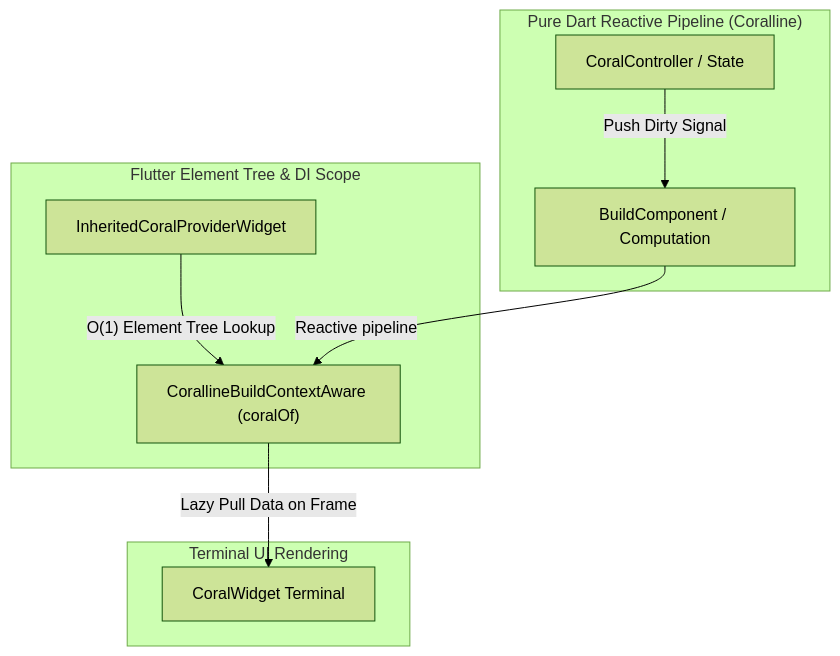
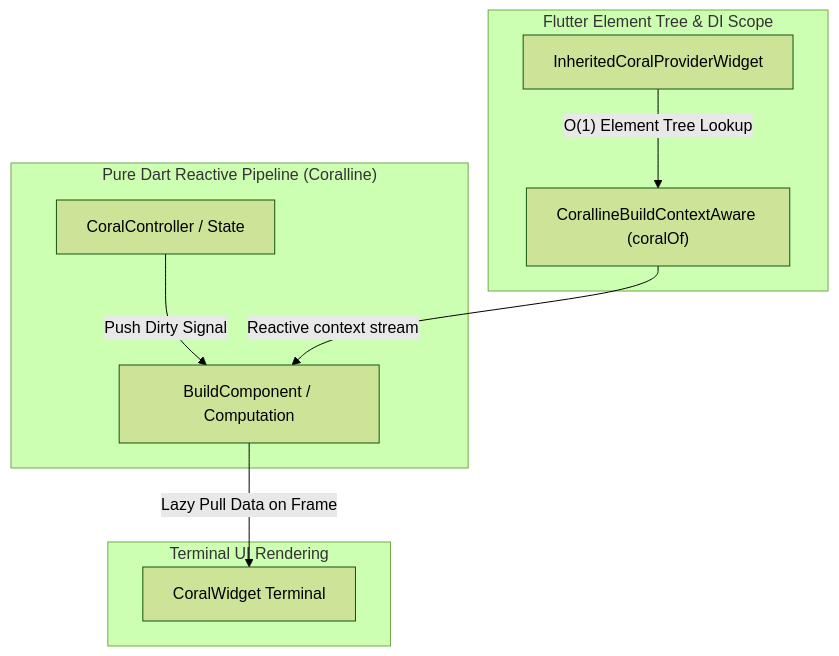
The first of 2 diagrams in coralline_flutter/README.md (pioneerjkf/coralline), drawn with Mermaid (forest theme) before and after one commit. The commit also changed other lines of this file and 47 other files, not shown here.

````diff
--- a/coralline_flutter/README.md
+++ b/coralline_flutter/README.md
@@ -51,21 +51,21 @@
 ```mermaid
 graph TD
     subgraph BusinessLogic["Pure Dart Reactive Pipeline (Coralline)"]
         State["CoralController / State"]
         Computation["BuildComponent / Computation"]
     end
 
     subgraph ElementTree["Flutter Element Tree & DI Scope"]
         InheritedProvider["InheritedCoralProviderWidget<T>"]
         ContextAware["CorallineBuildContextAware (coralOf<T>)"]
     end
 
     subgraph TerminalUI["Terminal UI Rendering"]
         TerminalWidget["CoralWidget Terminal"]
     end
 
     State -->|"Push Dirty Signal"| Computation
     InheritedProvider -->|"O(1) Element Tree Lookup"| ContextAware
-        Computation -->|"Reactive pipeline"| ContextAware
-    ContextAware -->|"Lazy Pull Data on Frame"| TerminalWidget
+    ContextAware -->|"Reactive context stream"| Computation
+    Computation -->|"Lazy Pull Data on Frame"| TerminalWidget
 ```
````
